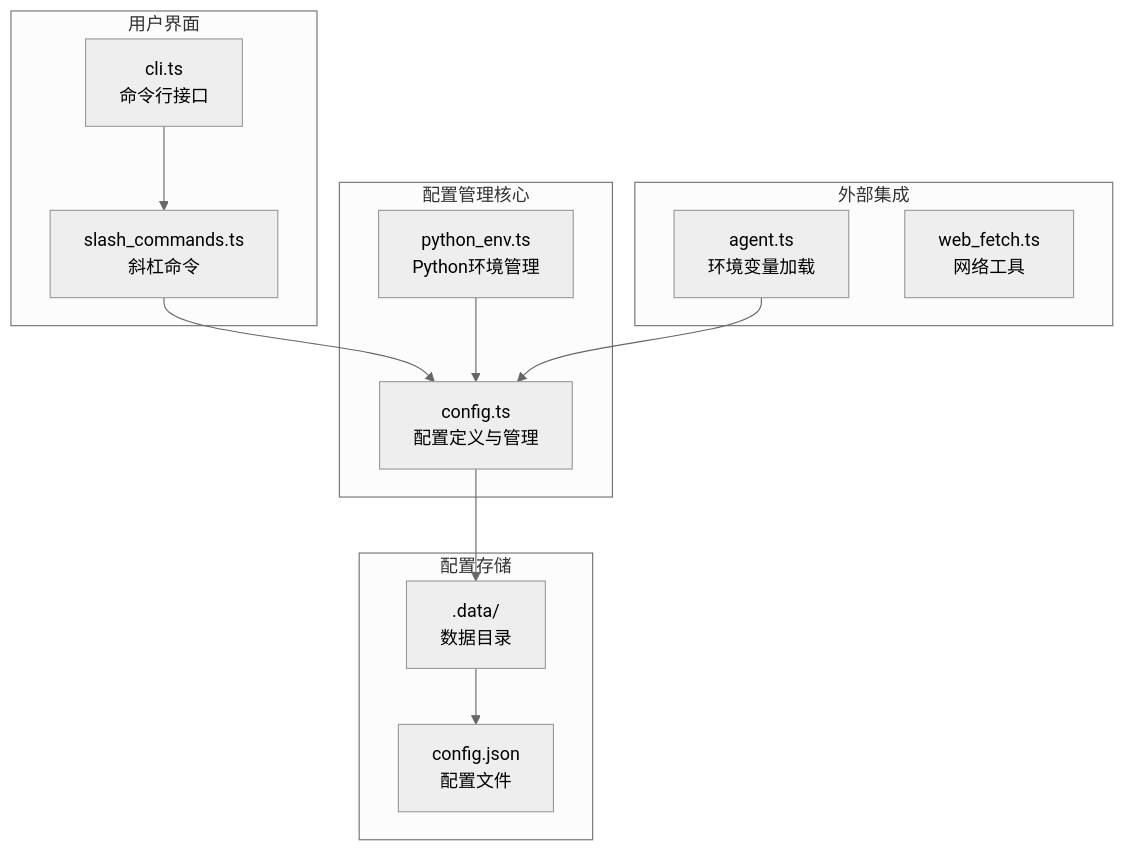
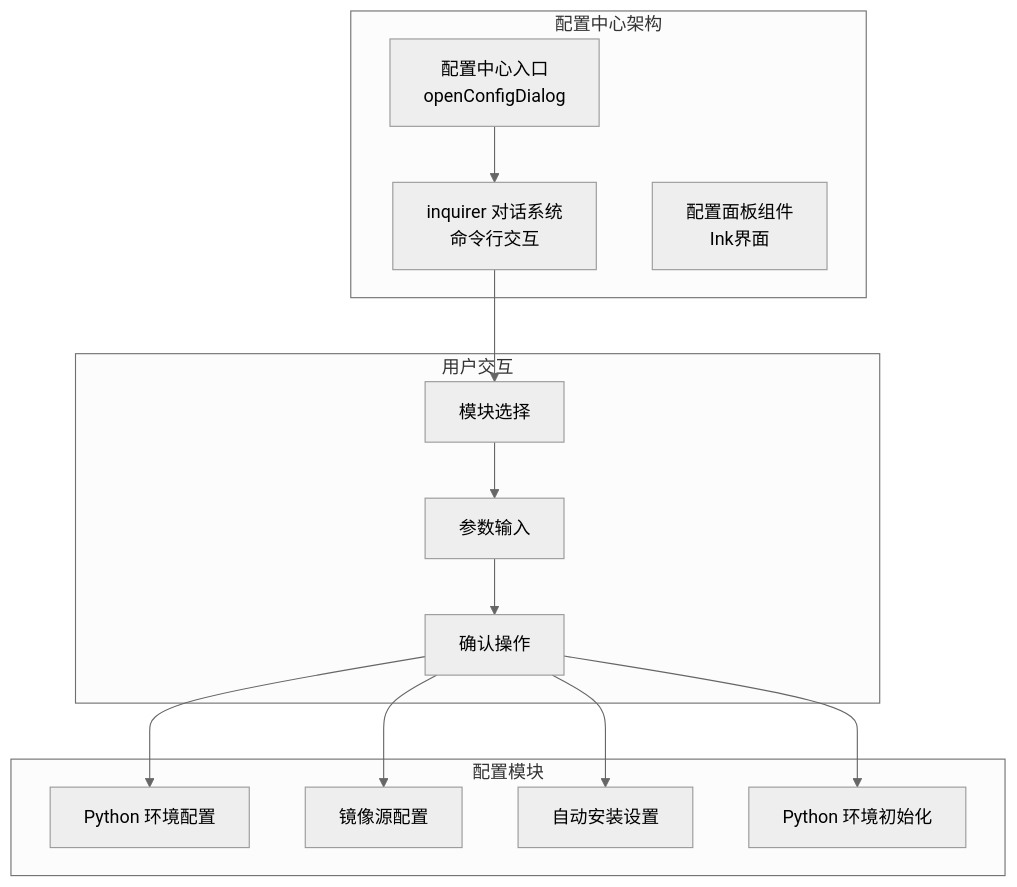
The first of 8 diagrams in .qoder/repowiki/zh/content/配置管理.md (HAOFUYANG/onion-code), drawn with Mermaid (neutral theme) before and after one commit. The commit also changed other lines of this file and 13 other files, not shown here.

````diff
--- a/.qoder/repowiki/zh/content/配置管理.md
+++ b/.qoder/repowiki/zh/content/配置管理.md
@@ -33,25 +46,27 @@
 ```mermaid
 graph TB
-subgraph "配置管理核心"
-ConfigTS[config.ts<br/>配置定义与管理]
-PythonEnvTS[python_env.ts<br/>Python环境管理]
+subgraph "配置中心架构"
+ConfigCenter[配置中心入口<br/>openConfigDialog]
+Inquirer[inquirer 对话系统<br/>命令行交互]
+ConfigPanel[配置面板组件<br/>Ink界面]
 end
-subgraph "用户界面"
-CLITS[cli.ts<br/>命令行接口]
-SlashTS[slash_commands.ts<br/>斜杠命令]
+subgraph "配置模块"
+PythonConfig[Python 环境配置]
+MirrorConfig[镜像源配置]
+AutoInstall[自动安装设置]
+InitPython[Python 环境初始化]
 end
-subgraph "外部集成"
-AgentTS[agent.ts<br/>环境变量加载]
-WebFetchTS[web_fetch.ts<br/>网络工具]
+subgraph "用户交互"
+ModuleSelect[模块选择]
+ParamInput[参数输入]
+ConfirmAction[确认操作]
 end
-subgraph "配置存储"
-DataDir[.data/<br/>数据目录]
-ConfigFile[config.json<br/>配置文件]
-end
-ConfigTS --> DataDir
-DataDir --> ConfigFile
-SlashTS --> ConfigTS
-CLITS --> SlashTS
-PythonEnvTS --> ConfigTS
-AgentTS --> ConfigTS
+ConfigCenter --> Inquirer
+Inquirer --> ModuleSelect
+ModuleSelect --> ParamInput
+ParamInput --> ConfirmAction
+ConfirmAction --> PythonConfig
+ConfirmAction --> MirrorConfig
+ConfirmAction --> AutoInstall
+ConfirmAction --> InitPython
 ```
````
